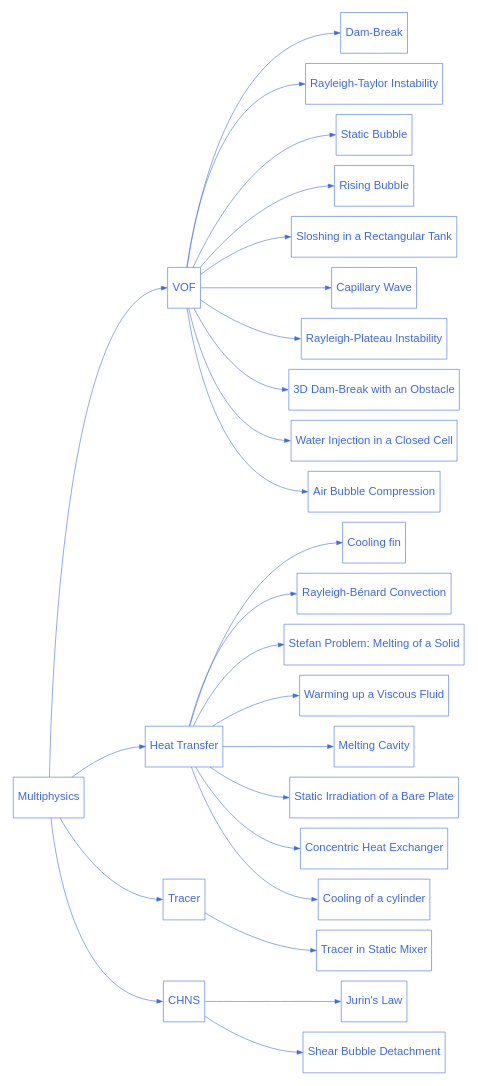
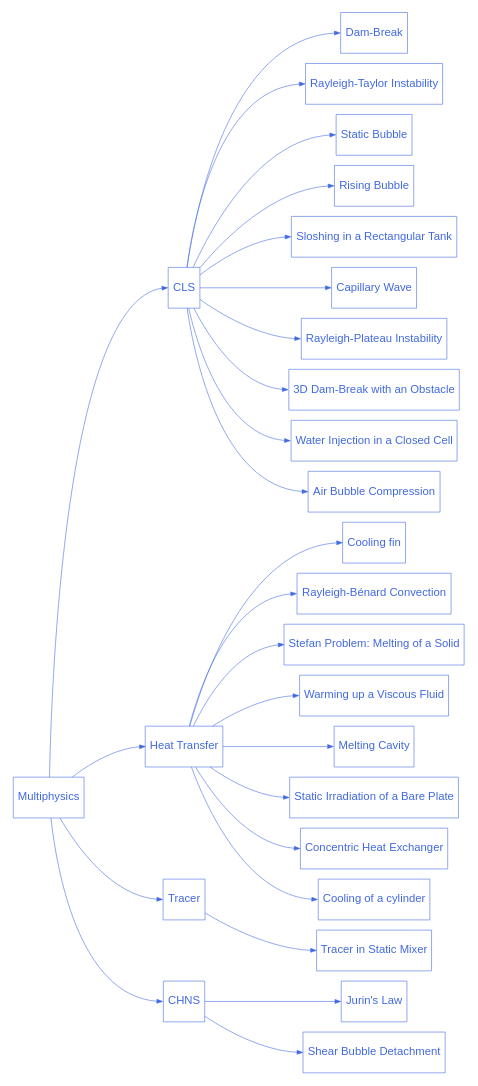
One commit to chaos-polymtl/lethe changed the diagram in doc/source/examples/multiphysics/multiphysics.rst. Above: the diagram before and after it, drawn with Graphviz. The commit also changed other lines of this file and 1 other file, not shown here.

Commit message:
Fix remaining vof mentions

```diff
--- a/doc/source/examples/multiphysics/multiphysics.rst
+++ b/doc/source/examples/multiphysics/multiphysics.rst
@@ -23,7 +23,7 @@
 
       multiphysics [label="Multiphysics", href="https://chaos-polymtl.github.io/lethe/documentation/examples/multiphysics/multiphysics.html"];
 
-      multiphysics_1 [label="VOF", href="https://chaos-polymtl.github.io/lethe/documentation/examples/multiphysicscls.html"];  
+      multiphysics_1 [label="CLS", href="https://chaos-polymtl.github.io/lethe/documentation/examples/multiphysics/cls.html"];  
 
       multiphysics_1_1 [label="Dam-Break", href="https://chaos-polymtl.github.io/lethe/documentation/examples/multiphysics/dam-break/dam-break.html"];
 
```
